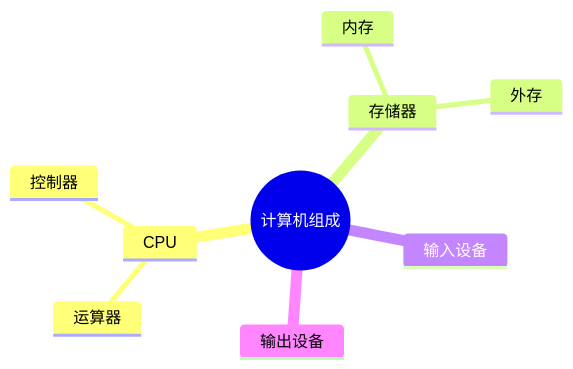
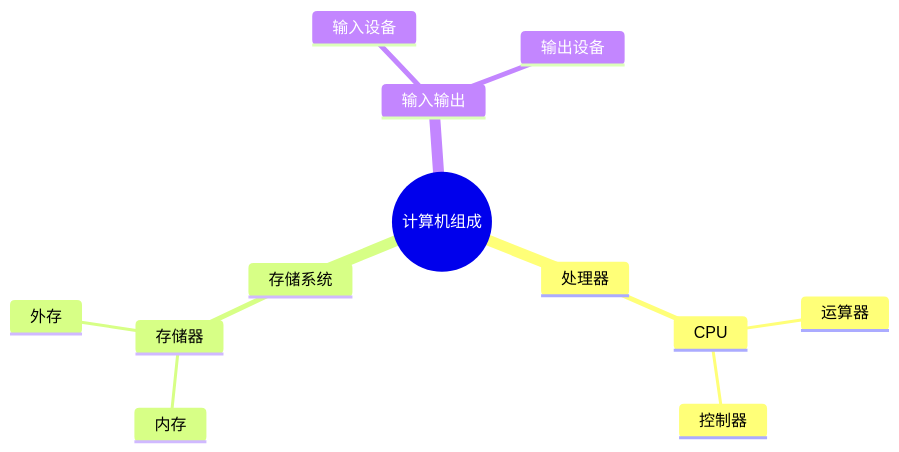
One commit to skylonely/sgao-website changed the first of 2 diagrams in docs/ruankao/system-architect/chapters/02-computer-organization.md. Above: the diagram before and after it, drawn with Mermaid. The commit also changed 39 other files, not shown here.

Commit message:
fix: Mermaid 思维导图

````diff
--- a/docs/ruankao/system-architect/chapters/02-computer-organization.md
+++ b/docs/ruankao/system-architect/chapters/02-computer-organization.md
@@ -46,12 +46,15 @@
 ```mermaid
 mindmap
   root((计算机组成))
-    CPU
-      运算器
-      控制器
-    存储器
-      内存
-      外存
-    输入设备
-    输出设备
+    处理器
+      CPU
+        运算器
+        控制器
+    存储系统
+      存储器
+        内存
+        外存
+    输入输出
+      输入设备
+      输出设备
 ```
````
